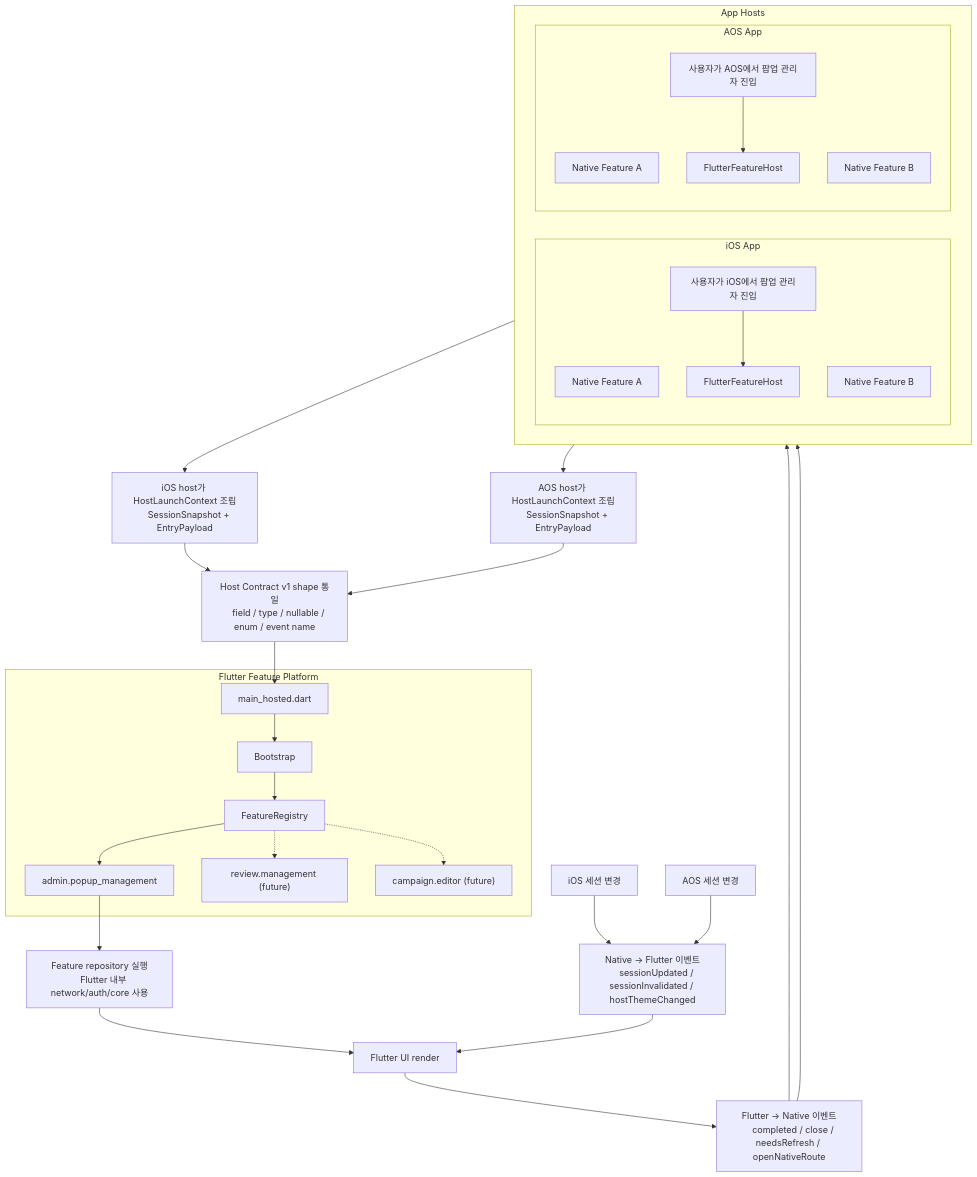
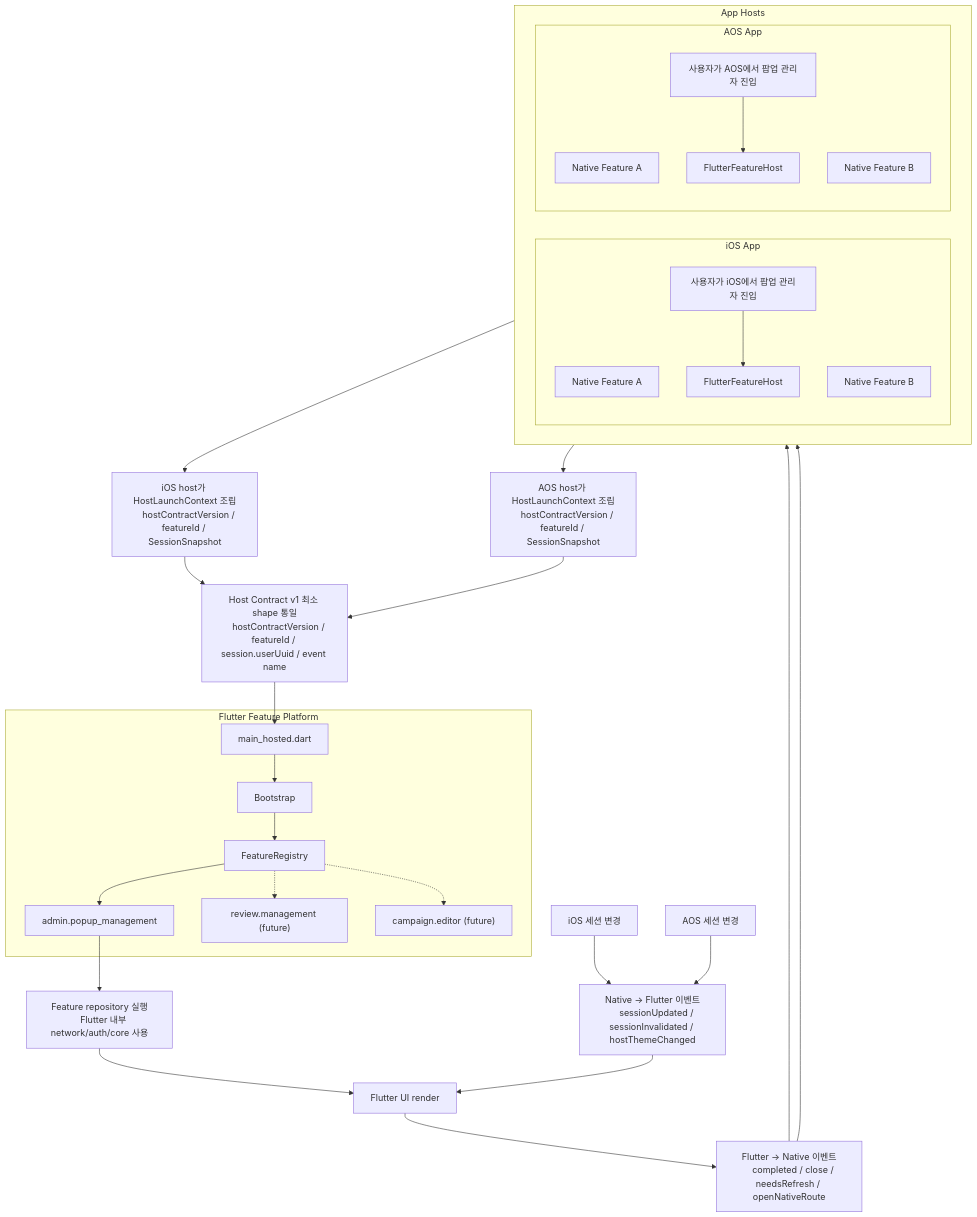
The diagram in README.md (team-PopPang/PopPang-Flutter), drawn with Mermaid before and after one commit. The commit also changed other lines of this file, not shown here.

````diff
--- a/README.md
+++ b/README.md
@@ -638,62 +591,62 @@
 ```mermaid
 flowchart TD
     subgraph HOSTS["App Hosts"]
         direction LR
 
         subgraph IOS["iOS App"]
             direction TB
             I1["Native Feature A"]
             I2["Native Feature B"]
             U1["사용자가 iOS에서 팝업 관리자 진입"]
             I3["FlutterFeatureHost"]
         end
 
         subgraph AOS["AOS App"]
             direction TB
             A1["Native Feature A"]
             A2["Native Feature B"]
             U2["사용자가 AOS에서 팝업 관리자 진입"]
             A3["FlutterFeatureHost"]
         end
     end
 
     I3 --> H1["iOS host가 HostLaunchContext 조립
-    SessionSnapshot + EntryPayload"]
+    hostContractVersion / featureId / SessionSnapshot"]
     A3 --> H2["AOS host가 HostLaunchContext 조립
-    SessionSnapshot + EntryPayload"]
+    hostContractVersion / featureId / SessionSnapshot"]
 
     U1 --> I3
     U2 --> A3
 
-    H1 --> C1["Host Contract v1 shape 통일
-    field / type / nullable / enum / event name"]
+    H1 --> C1["Host Contract v1 최소 shape 통일
+    hostContractVersion / featureId / session.userUuid / event name"]
     H2 --> C1
 
     subgraph FLUTTER["Flutter Feature Platform"]
         F1["main_hosted.dart"]
         F2["Bootstrap"]
         F3["FeatureRegistry"]
         F4["admin.popup_management"]
         F5["review.management (future)"]
         F6["campaign.editor (future)"]
     end
 
     C1 --> F1 --> F2 --> F3
     F3 --> F4
     F3 -.-> F5
     F3 -.-> F6
 
     F4 --> R1["Feature repository 실행
     Flutter 내부 network/auth/core 사용"]
     R1 --> UI1["Flutter UI render"]
 
     UI1 --> E1["Flutter -> Native 이벤트
     completed / close / needsRefresh / openNativeRoute"]
     E1 --> I3
     E1 --> A3
 
     I5["iOS 세션 변경"] --> E2["Native -> Flutter 이벤트
     sessionUpdated / sessionInvalidated / hostThemeChanged"]
     A5["AOS 세션 변경"] --> E2
     E2 --> UI1
 ```
````
